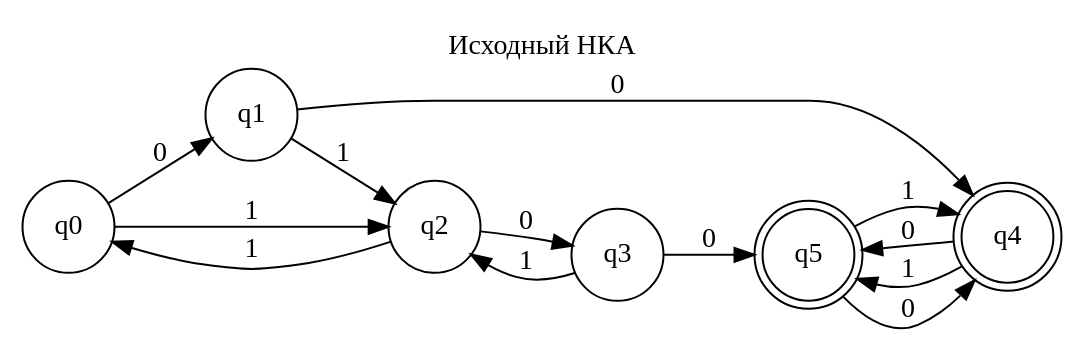
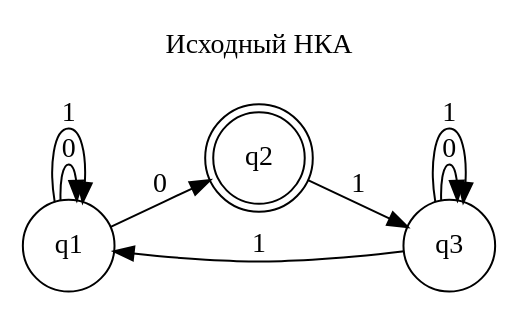
Before and after one commit to GhostManSSR/Vyz_study: the diagram in NKAminimizationDKA/app/graphs/исходный_нка.dot, drawn with Graphviz. The commit also changed 11 other files, not shown here.

```diff
--- a/NKAminimizationDKA/app/graphs/исходный_нка.dot
+++ b/NKAminimizationDKA/app/graphs/исходный_нка.dot
@@ -1,23 +1,15 @@
 digraph Automaton {
     rankdir=LR;
     graph [label="Исходный НКА", labelloc=t];
     node [shape=circle];
-    "q0" [label="q0"];
     "q1" [label="q1"];
-    "q2" [label="q2"];
+    "q2" [label="q2", shape=doublecircle];
     "q3" [label="q3"];
-    "q4" [label="q4", shape=doublecircle];
-    "q5" [label="q5", shape=doublecircle];
-    "q0" -> "q1" [label="0"];
-    "q0" -> "q2" [label="1"];
-    "q1" -> "q4" [label="0"];
-    "q1" -> "q2" [label="1"];
-    "q2" -> "q3" [label="0"];
-    "q2" -> "q0" [label="1"];
-    "q3" -> "q5" [label="0"];
-    "q3" -> "q2" [label="1"];
-    "q4" -> "q5" [label="0"];
-    "q4" -> "q5" [label="1"];
-    "q5" -> "q4" [label="0"];
-    "q5" -> "q4" [label="1"];
+    "q1" -> "q1" [label="0"];
+    "q1" -> "q2" [label="0"];
+    "q1" -> "q1" [label="1"];
+    "q2" -> "q3" [label="1"];
+    "q3" -> "q3" [label="0"];
+    "q3" -> "q1" [label="1"];
+    "q3" -> "q3" [label="1"];
 }
```
